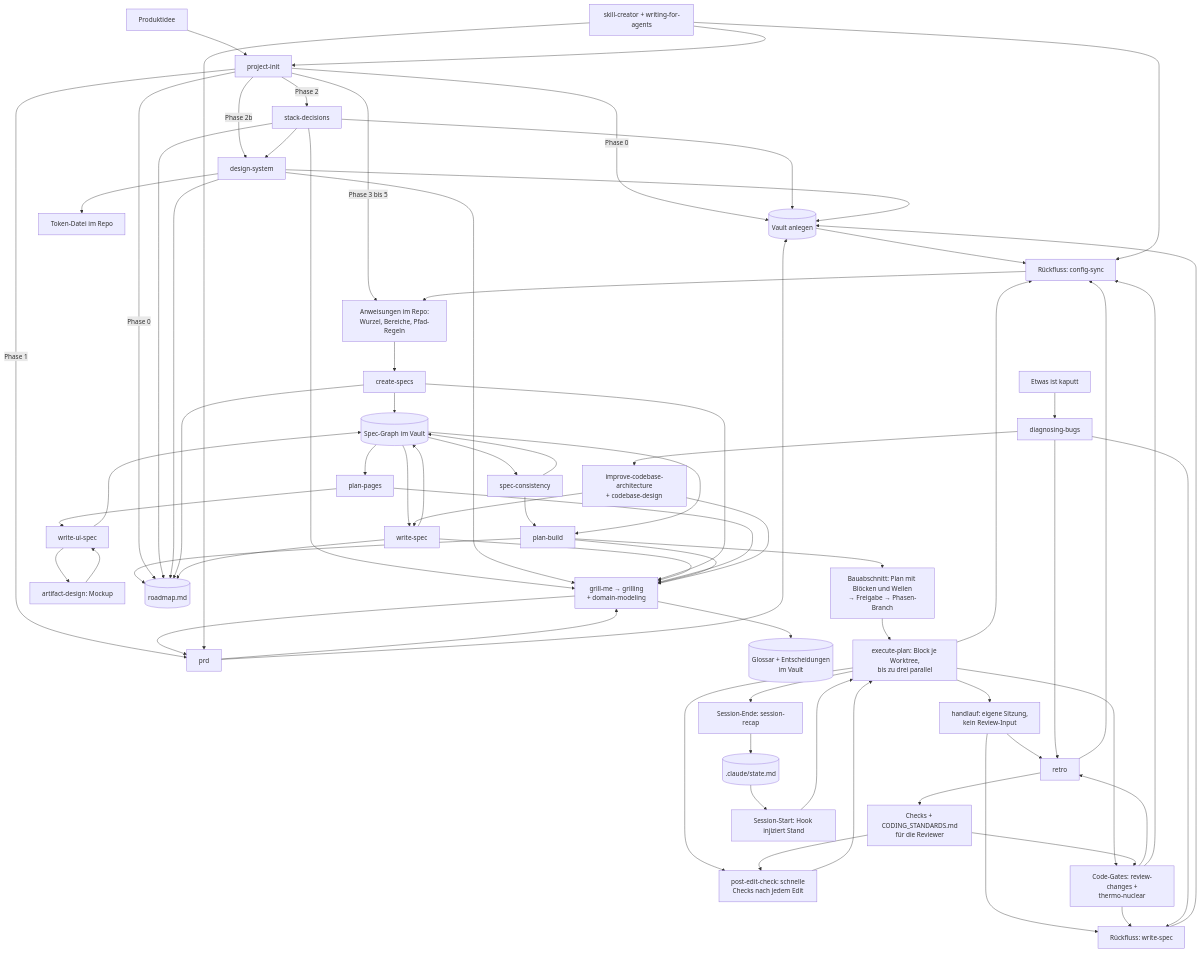
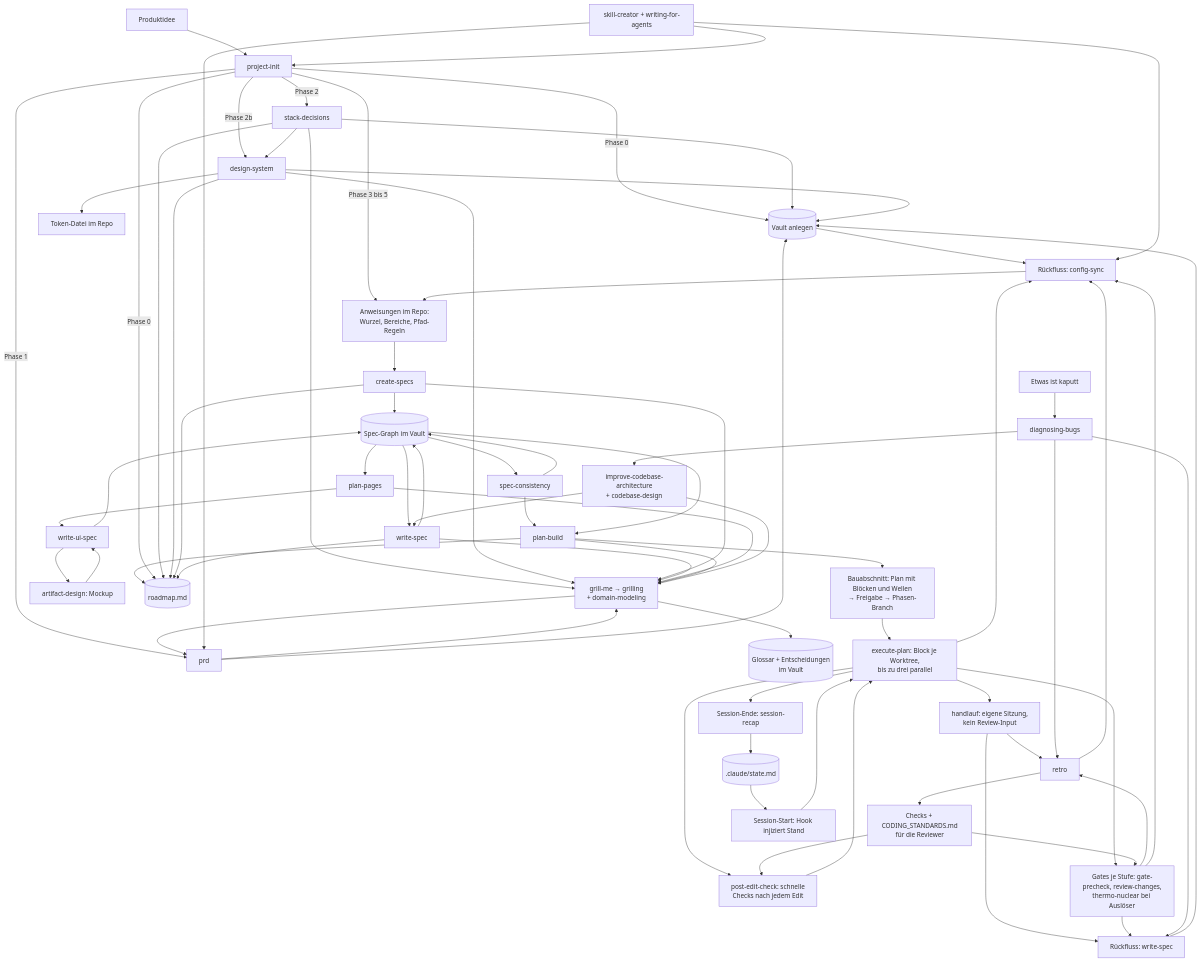
The diagram in LOOP.md (mxrius1706/agent-sdlc), drawn with Mermaid before and after one commit. The commit also changed other lines of this file and 1 other file, not shown here.

Commit message:
docs(b4): t5 LOOP.md und README beschreiben Paket, Stufen-Gates und Messskripte

````diff
--- a/LOOP.md
+++ b/LOOP.md
@@ -25,79 +25,79 @@
 ```mermaid
 flowchart TD
     A[Produktidee] --> E[project-init]
     E -->|Phase 0| D[(Vault anlegen)]
     E -->|Phase 1| B[prd]
     B --> C[grill-me → grilling<br/>+ domain-modeling]
     C --> B
     C --> GL[(Glossar + Entscheidungen<br/>im Vault)]
     B --> D
     E -->|Phase 2| S[stack-decisions]
     S --> C
     S --> D
     E -->|Phase 2b| DS[design-system]
     S --> DS
     DS --> C
     DS --> D
     DS --> TK[Token-Datei im Repo]
     E -->|Phase 3 bis 5| F[Anweisungen im Repo:<br/>Wurzel, Bereiche, Pfad-Regeln]
 
     F --> CS[create-specs]
     CS --> C
     CS --> SP[(Spec-Graph im Vault)]
     SP --> WS[write-spec]
     WS --> C
     WS --> SP
     SP --> PP[plan-pages]
     PP --> C
     PP --> UI[write-ui-spec]
     UI --> AD[artifact-design: Mockup]
     AD --> UI
     UI --> SP
     SP --> SC[spec-consistency]
     SC --> SP
     SC --> PB[plan-build]
     SP --> PB
     PB --> C
     PB --> RM
     PB --> G[Bauabschnitt: Plan mit Blöcken und Wellen<br/>→ Freigabe → Phasen-Branch]
     G --> H[execute-plan: Block je Worktree,<br/>bis zu drei parallel]
     H --> I[post-edit-check: schnelle<br/>Checks nach jedem Edit]
     I --> H
     H --> HL[handlauf: eigene Sitzung,<br/>kein Review-Input]
-    H --> J[Code-Gates: review-changes +<br/>thermo-nuclear]
+    H --> J[Gates je Stufe: gate-precheck, review-changes,<br/>thermo-nuclear bei Auslöser]
     HL --> K
     J --> K[Rückfluss: write-spec]
     K --> D
     HL --> R[retro]
     J --> R
     R --> L[Checks + CODING_STANDARDS.md<br/>für die Reviewer]
     L --> I
     L --> J
     R --> M
 
     J --> M[Rückfluss: config-sync]
     M --> F
     H --> M
     D --> M
 
     N[Session-Ende: session-recap] --> O[(.claude/state.md)]
     E -->|Phase 0| RM[(roadmap.md)]
     S --> RM
     DS --> RM
     CS --> RM
     WS --> RM
     O --> P[Session-Start: Hook injiziert Stand]
     P --> H
     H --> N
 
     Q[skill-creator + writing-for-agents] --> B
     Q --> E
     Q --> M
 
     X[Etwas ist kaputt] --> DB[diagnosing-bugs]
     DB --> R
     DB --> K
     DB --> IA
     IA[improve-codebase-architecture<br/>+ codebase-design] --> C
     IA --> WS
 ```
````
